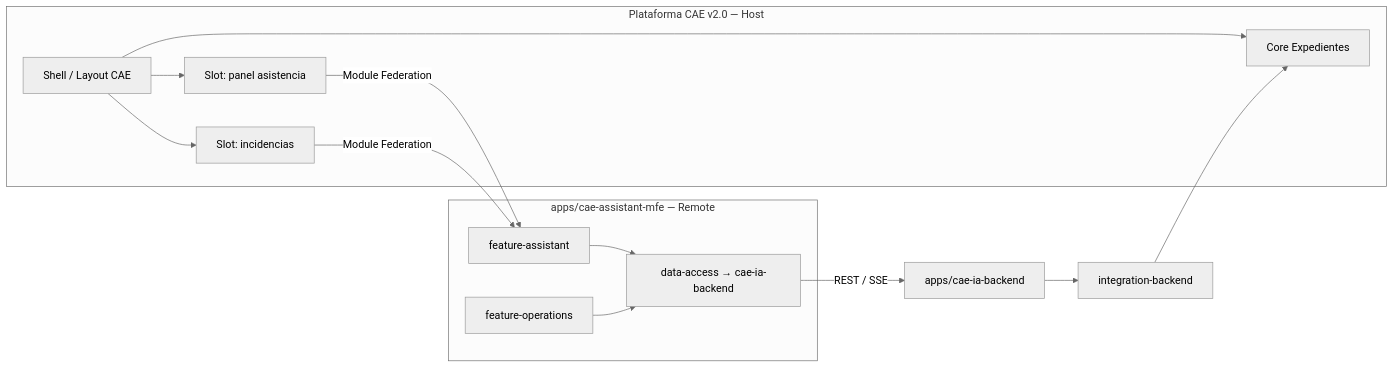
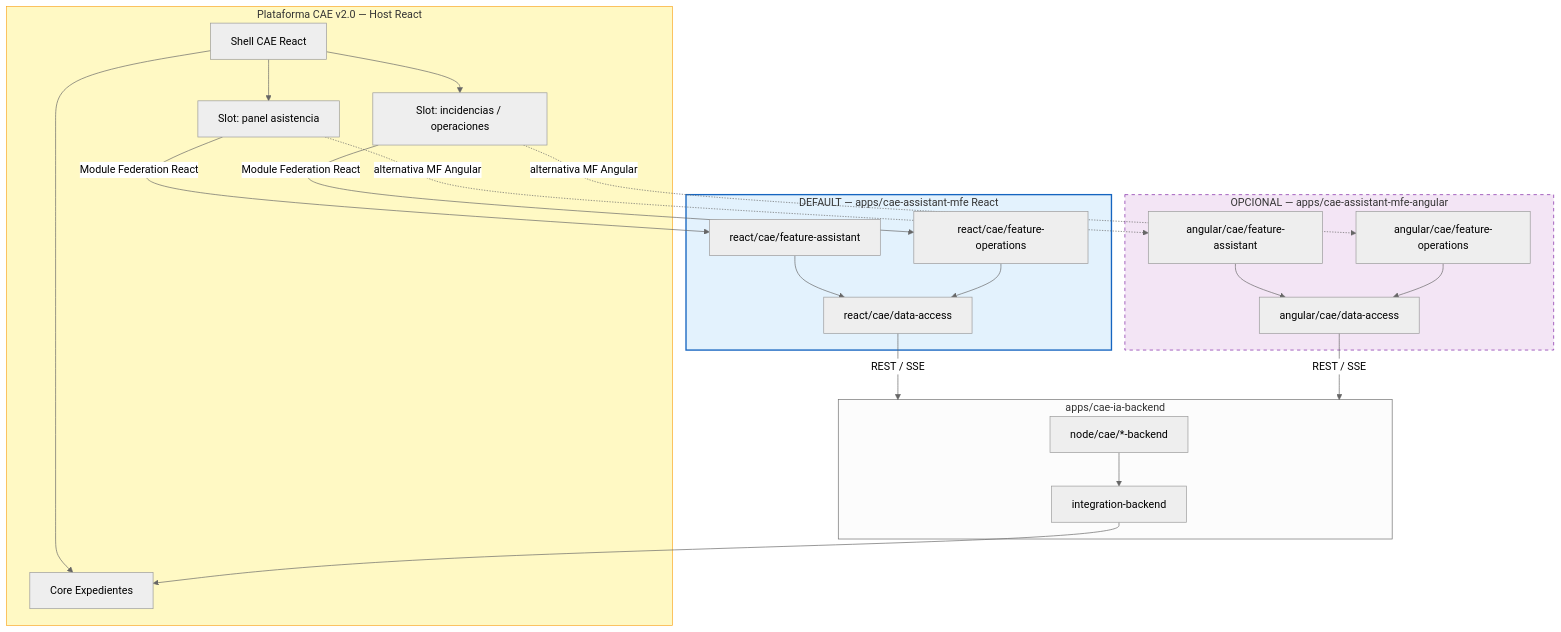
Before and after one commit to angelnietos/erp: the fourth of 12 diagrams in caedocs/DISENO-TECNICO-v3.0.md, drawn with Mermaid (neutral theme). The commit also changed other lines of this file and 10 other files, not shown here.

````diff
--- a/caedocs/DISENO-TECNICO-v3.0.md
+++ b/caedocs/DISENO-TECNICO-v3.0.md
@@ -407,24 +412,42 @@
 ```mermaid
-flowchart LR
-    subgraph CAE20["Plataforma CAE v2.0 — Host"]
-        SHELL["Shell / Layout CAE"]
+flowchart TB
+    subgraph CAE20["Plataforma CAE v2.0 — Host React"]
+        SHELL["Shell CAE React"]
         CORE["Core Expedientes"]
         SLOT1["Slot: panel asistencia"]
-        SLOT2["Slot: incidencias"]
+        SLOT2["Slot: incidencias / operaciones"]
         SHELL --> CORE
         SHELL --> SLOT1 & SLOT2
     end
 
-    subgraph MFE["apps/cae-assistant-mfe — Remote"]
-        FA["feature-assistant"]
-        FO["feature-operations"]
-        DA["data-access → cae-ia-backend"]
-        FA & FO --> DA
+    subgraph MFE_REACT["DEFAULT — apps/cae-assistant-mfe React"]
+        R_FA["react/cae/feature-assistant"]
+        R_FO["react/cae/feature-operations"]
+        R_DA["react/cae/data-access"]
+        R_FA & R_FO --> R_DA
     end
 
-    SLOT1 -->|Module Federation| FA
-    SLOT2 -->|Module Federation| FA
-    DA -->|REST / SSE| API["apps/cae-ia-backend"]
-    API --> ACL["integration-backend"]
+    subgraph MFE_NG["OPCIONAL — apps/cae-assistant-mfe-angular"]
+        N_FA["angular/cae/feature-assistant"]
+        N_FO["angular/cae/feature-operations"]
+        N_DA["angular/cae/data-access"]
+        N_FA & N_FO --> N_DA
+    end
+
+    subgraph API["apps/cae-ia-backend"]
+        BE["node/cae/*-backend"]
+        ACL["integration-backend"]
+        BE --> ACL
+    end
+
+    SLOT1 -->|Module Federation React| R_FA
+    SLOT2 -->|Module Federation React| R_FO
+    SLOT1 -.->|alternativa MF Angular| N_FA
+    SLOT2 -.->|alternativa MF Angular| N_FO
+    R_DA & N_DA -->|REST / SSE| API
     ACL --> CORE
+
+    style MFE_REACT fill:#e3f2fd,stroke:#1565c0,stroke-width:2px
+    style MFE_NG fill:#f3e5f5,stroke:#7b1fa2,stroke-dasharray:5 5
+    style CAE20 fill:#fff9c4,stroke:#f9a825
 ```
````
